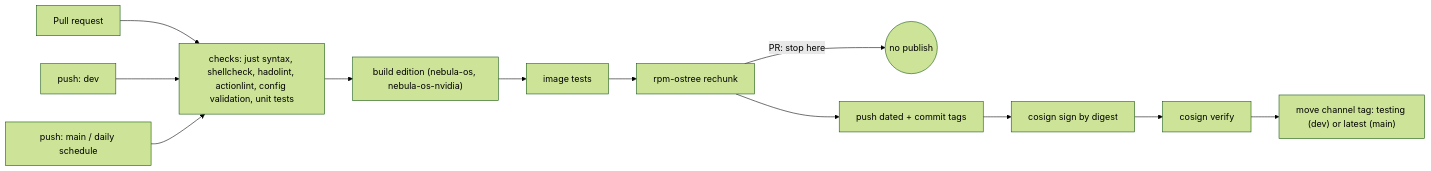
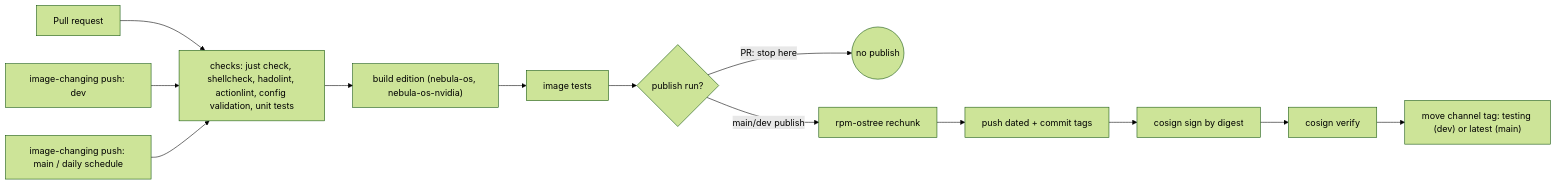
The second of 3 diagrams in docs/ARCHITECTURE.md (trevor99-afk/nebula-os), drawn with Mermaid (forest theme) before and after one commit. The commit also changed other lines of this file and 30 other files, not shown here.

````diff
--- a/docs/ARCHITECTURE.md
+++ b/docs/ARCHITECTURE.md
@@ -38,12 +38,13 @@
 ```mermaid
 flowchart LR
     PR["Pull request"] --> C
-    Dev["push: dev"] --> C
-    Main["push: main / daily schedule"] --> C
-    C["checks: just syntax, shellcheck, hadolint, actionlint, config validation, unit tests"] --> BLD
+    Dev["image-changing push: dev"] --> C
+    Main["image-changing push: main / daily schedule"] --> C
+    C["checks: just check, shellcheck, hadolint, actionlint, config validation, unit tests"] --> BLD
     BLD["build edition (nebula-os, nebula-os-nvidia)"] --> TST["image tests"]
-    TST --> RC["rpm-ostree rechunk"]
-    RC -->|PR: stop here| X(("no publish"))
+    TST --> PUB{"publish run?"}
+    PUB -->|PR: stop here| X(("no publish"))
+    PUB -->|main/dev publish| RC["rpm-ostree rechunk"]
     RC --> P1["push dated + commit tags"]
     P1 --> SG["cosign sign by digest"] --> V["cosign verify"] --> P2["move channel tag: testing (dev) or latest (main)"]
 ```
````
